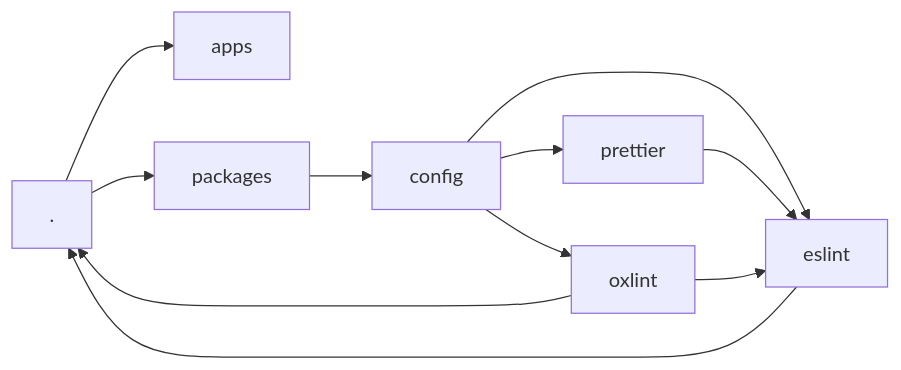
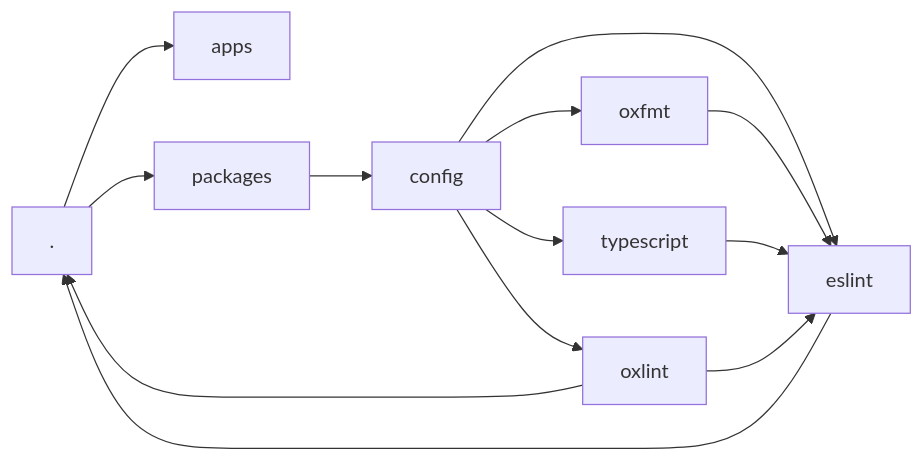
One commit to Sioood/stallning changed the diagram in README.md. Above: the diagram before and after it, drawn with Mermaid. The commit also changed other lines of this file and 37 other files, not shown here.

Commit message:
feat(global): :sparkles: improve config and use oxfmt instead of prettier

````diff
--- a/README.md
+++ b/README.md
@@ -32,14 +33,16 @@
 ```mermaid
 flowchart LR
 
 . --> apps
 . --> packages
 packages --> config
-config --> prettier
+config --> typescript
+config --> oxfmt
 config --> oxlint
 config --> eslint
-prettier --> eslint
+oxfmt --> eslint
+typescript --> eslint
 oxlint --> eslint
 eslint --> .
 oxlint --> .
 ```
````
